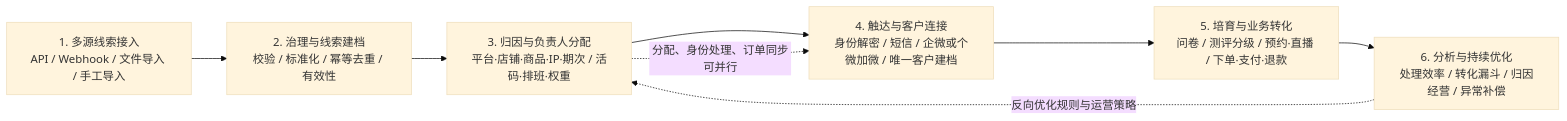
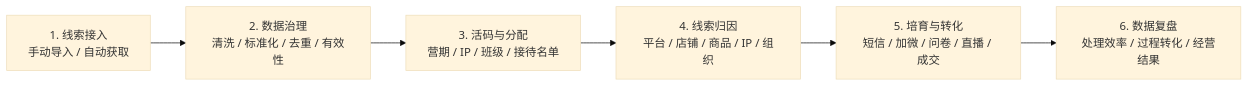
Before and after one commit to freya-pr/heshu-boss-demo: the third of 9 diagrams in docs/authoritative/合数BOSS V1.0线索中心需求文档.md, drawn with Mermaid (base theme). The commit also changed other lines of this file and 25 other files, not shown here.

````diff
--- a/docs/authoritative/合数BOSS V1.0线索中心需求文档.md
+++ b/docs/authoritative/合数BOSS V1.0线索中心需求文档.md
@@ -170,10 +166,8 @@
 ```mermaid
 flowchart LR
-    A["1. 多源线索接入<br/>API / Webhook / 文件导入 / 手工导入"] --> B["2. 治理与线索建档<br/>校验 / 标准化 / 幂等去重 / 有效性"]
-    B --> C["3. 归因与负责人分配<br/>平台·店铺·商品·IP·期次 / 活码·排班·权重"]
-    C --> D["4. 触达与客户连接<br/>身份解密 / 短信 / 企微或个微加微 / 唯一客户建档"]
-    D --> E["5. 培育与业务转化<br/>问卷 / 测评分级 / 预约·直播 / 下单·支付·退款"]
-    E --> F["6. 分析与持续优化<br/>处理效率 / 转化漏斗 / 归因经营 / 异常补偿"]
-    C -. "分配、身份处理、订单同步可并行" .-> D
-    F -. "反向优化规则与运营策略" .-> C
+    A["1. 线索接入<br/>手动导入 / 自动获取"] --> B["2. 数据治理<br/>清洗 / 标准化 / 去重 / 有效性"]
+    B --> C["3. 活码与分配<br/>营期 / IP / 班级 / 接待名单"]
+    C --> D["4. 线索归因<br/>平台 / 店铺 / 商品 / IP / 组织"]
+    D --> E["5. 培育与转化<br/>短信 / 加微 / 问卷 / 直播 / 成交"]
+    E --> F["6. 数据复盘<br/>处理效率 / 过程转化 / 经营结果"]
 ```
````
